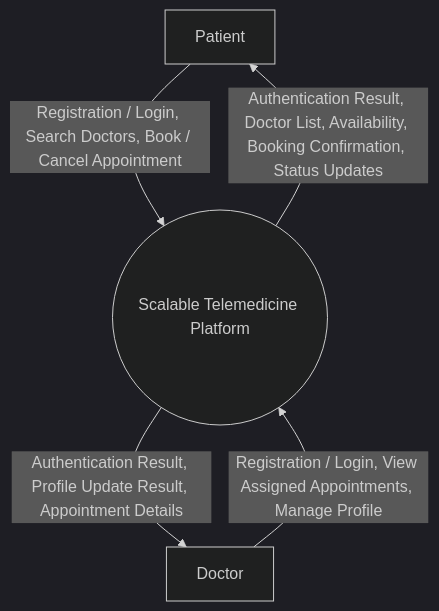
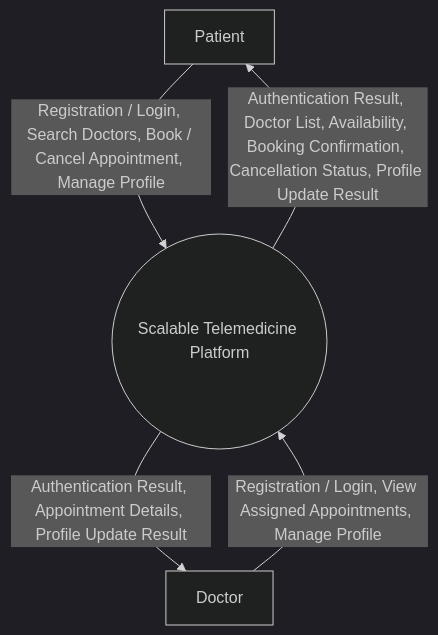
The first of 6 diagrams in DATA_FLOW_DIAGRAMS.md (feloaref/scalable-telemedicine-platform), drawn with Mermaid (dark theme) before and after one commit. The commit also changed other lines of this file, not shown here.

Commit message:
DATA_FLOW_DIAGRAMS.md

````diff
--- a/DATA_FLOW_DIAGRAMS.md
+++ b/DATA_FLOW_DIAGRAMS.md
@@ -8,7 +8,7 @@
 ```mermaid
 graph TD
-    Patient["Patient"] -->|"Registration / Login, Search Doctors, Book / Cancel Appointment"| System(("Scalable Telemedicine Platform"))
+    Patient["Patient"] -->|"Registration / Login, Search Doctors, Book / Cancel Appointment, Manage Profile"| System(("Scalable Telemedicine Platform"))
     Doctor["Doctor"] -->|"Registration / Login, View Assigned Appointments, Manage Profile"| System
-    System -->|"Authentication Result, Doctor List, Availability, Booking Confirmation, Status Updates"| Patient
-    System -->|"Authentication Result, Profile Update Result, Appointment Details"| Doctor
+    System -->|"Authentication Result, Doctor List, Availability, Booking Confirmation, Cancellation Status, Profile Update Result"| Patient
+    System -->|"Authentication Result, Appointment Details, Profile Update Result"| Doctor
 ```
````
